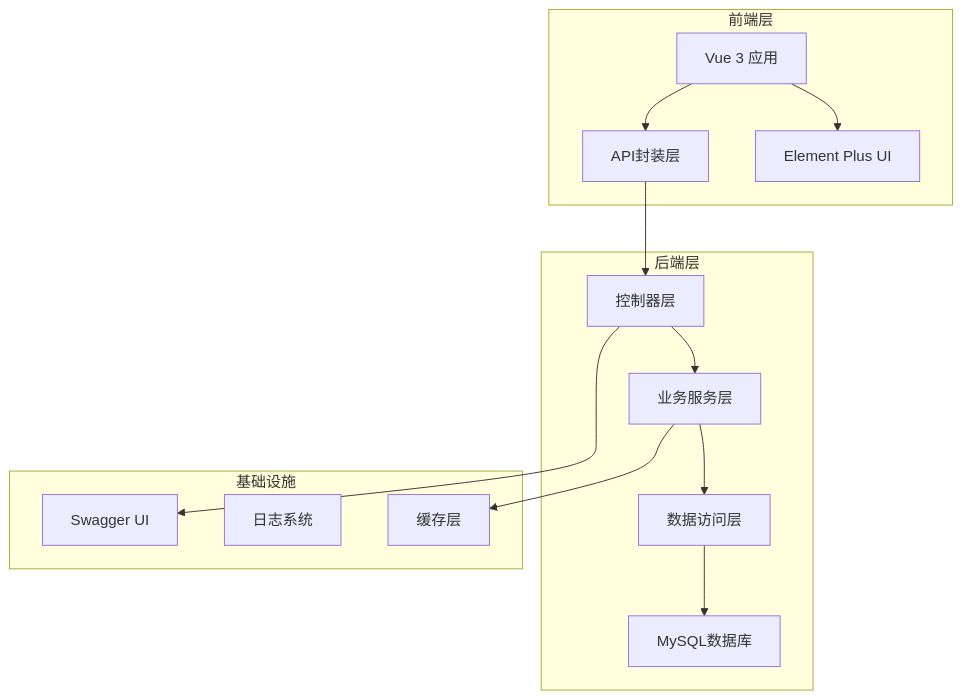
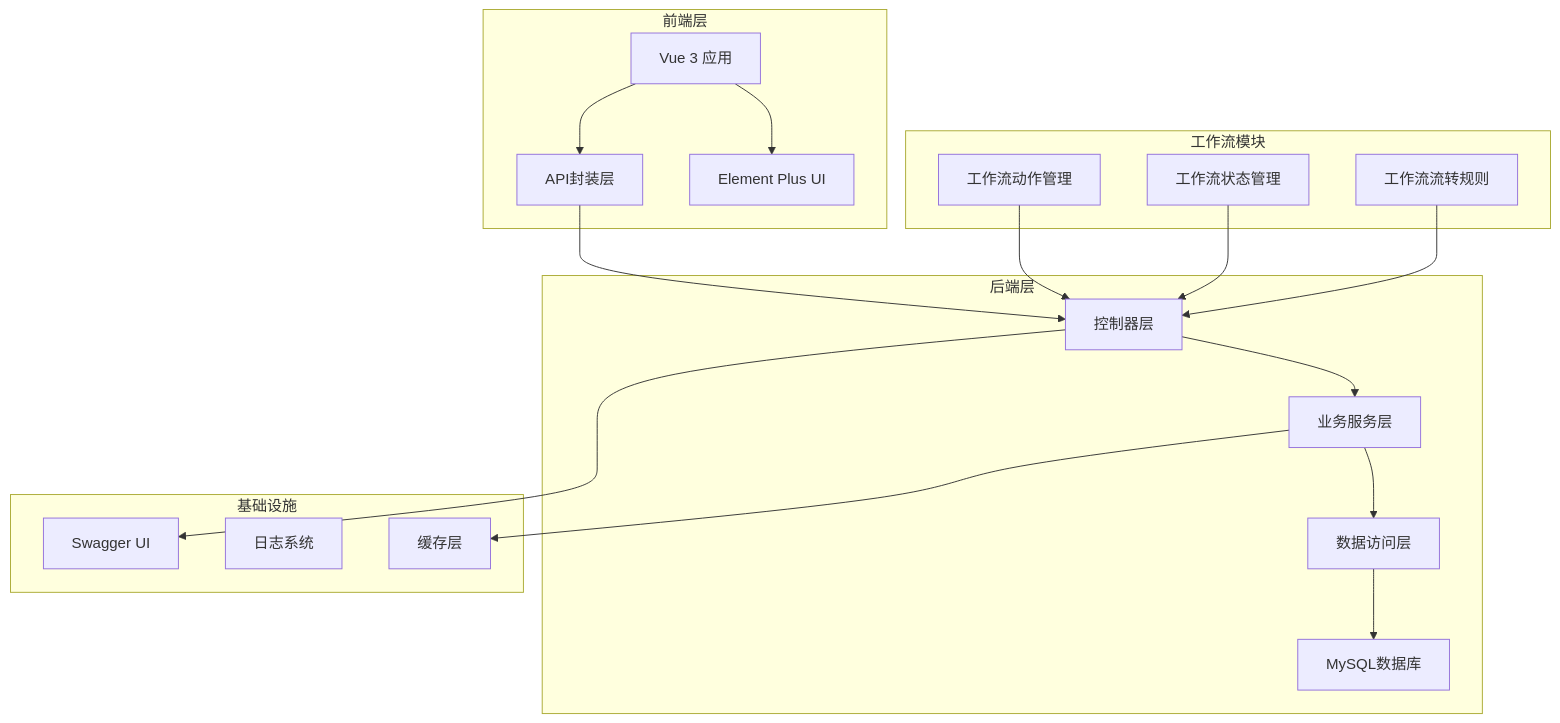
One commit to NJMrLi/genetics changed the diagram in .qoder/repowiki/zh/content/API接口文档/API接口文档.md. Above: the diagram before and after it, drawn with Mermaid. The commit also changed other lines of this file and 21 other files, not shown here.

````diff
--- a/.qoder/repowiki/zh/content/API接口文档/API接口文档.md
+++ b/.qoder/repowiki/zh/content/API接口文档/API接口文档.md
@@ -62,27 +78,35 @@
 ```mermaid
 graph TB
 subgraph "前端层"
 WEB[Vue 3 应用]
 API[API封装层]
 UI[Element Plus UI]
 end
 subgraph "后端层"
 CTRL[控制器层]
 SVC[业务服务层]
 MAP[数据访问层]
 DB[MySQL数据库]
 end
 subgraph "基础设施"
 SWAGGER[Swagger UI]
 LOG[日志系统]
 CACHE[缓存层]
 end
+subgraph "工作流模块"
+WFA[工作流动作管理]
+WFS[工作流状态管理]
+WFT[工作流流转规则]
+end
 WEB --> API
 API --> CTRL
 CTRL --> SVC
 SVC --> MAP
 MAP --> DB
 CTRL --> SWAGGER
 SVC --> CACHE
 WEB --> UI
+WFA --> CTRL
+WFS --> CTRL
+WFT --> CTRL
 ```
````
